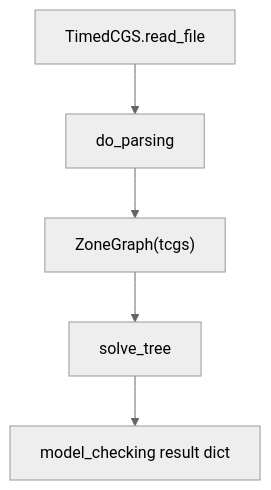
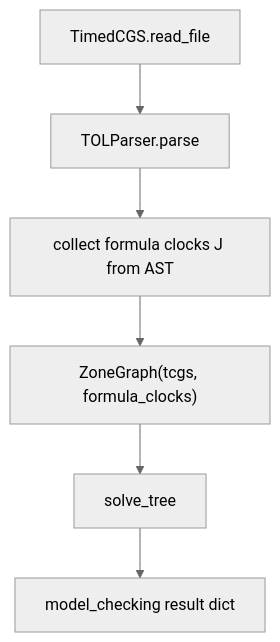
The diagram in docs/TOL/algorithm.md (VITAMIN-organisation/vitamin-model-checker), drawn with Mermaid (neutral theme) before and after one commit. The commit also changed other lines of this file and 23 other files, not shown here.

````diff
--- a/docs/TOL/algorithm.md
+++ b/docs/TOL/algorithm.md
@@ -76,10 +120,11 @@
 ```mermaid
 flowchart TD
     load["TimedCGS.read_file"]
-    parse["do_parsing"]
-    zones["ZoneGraph(tcgs)"]
+    parse["TOLParser.parse"]
+    clocks["collect formula clocks J from AST"]
+    zones["ZoneGraph(tcgs, formula_clocks)"]
     solve["solve_tree"]
     result["model_checking result dict"]
 
-    load --> parse --> zones --> solve --> result
+    load --> parse --> clocks --> zones --> solve --> result
 ```
````
